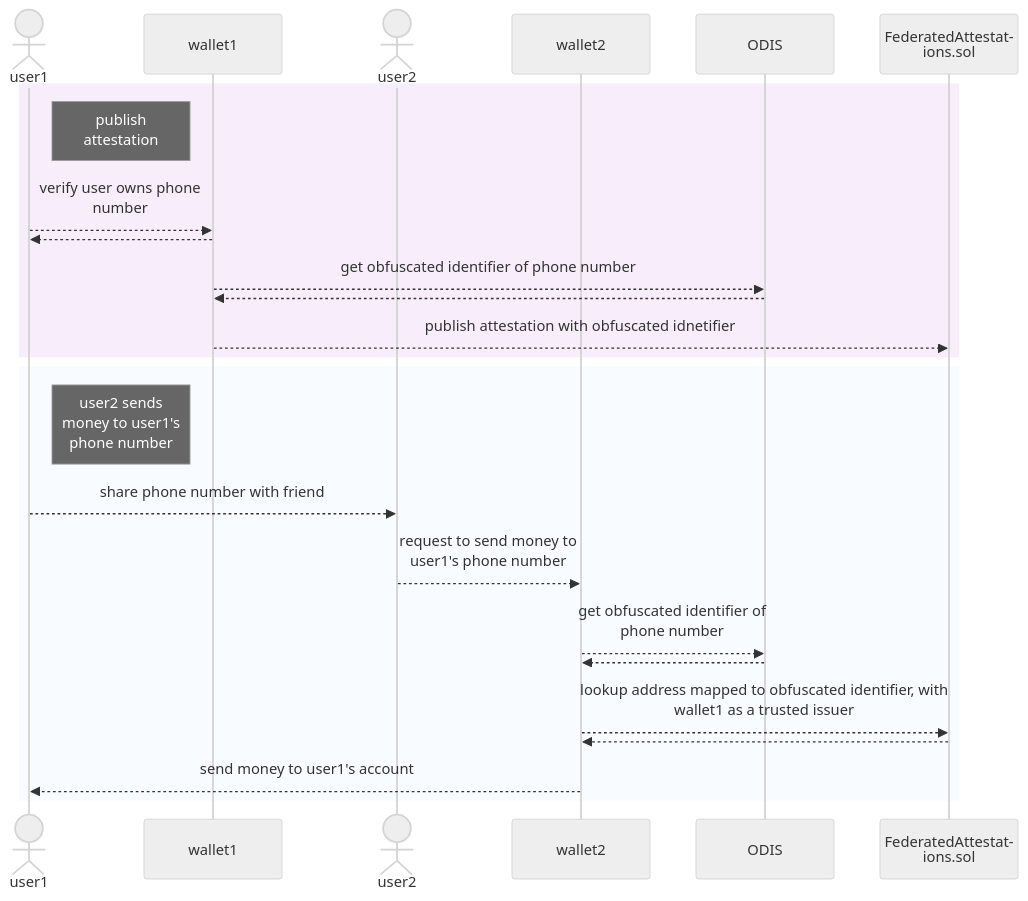
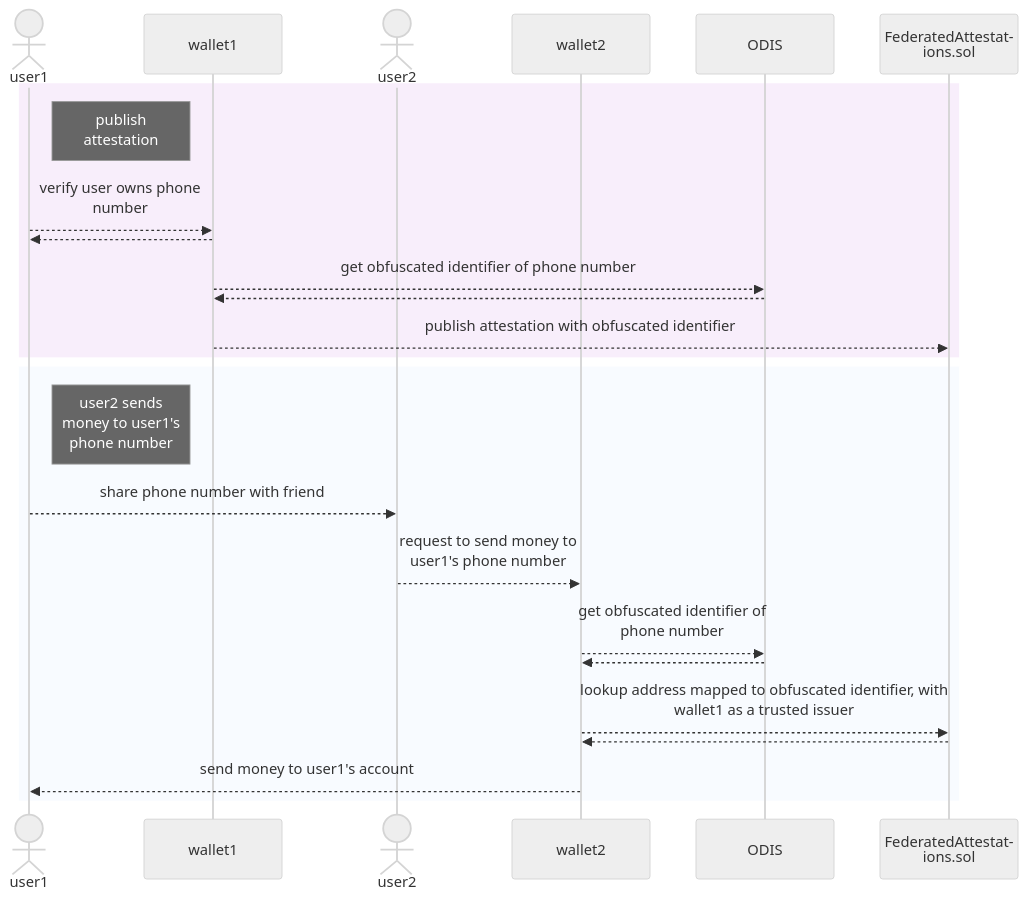
The diagram in docs/protocol.md (celo-org/social-connect), drawn with Mermaid (neutral theme) before and after one commit.

Commit message:
Update protocol.md - typo fix

````diff
--- a/docs/protocol.md
+++ b/docs/protocol.md
@@ -65,30 +65,30 @@
 ```mermaid
 %%{init: { "sequence": { "wrap": true } } }%%
 sequenceDiagram
     actor user1
     participant wallet1
     actor user2
     participant wallet2
     participant ODIS
     participant SocialConnect as FederatedAttestations.sol
 
     rect rgb(230,200,240, .3)
     note right of user1: publish attestation
     user1 -->> wallet1: verify user owns phone number
     wallet1 -->> user1:
     wallet1 -->> ODIS: get obfuscated identifier of phone number
     ODIS -->> wallet1:
-    wallet1 -->> SocialConnect: publish attestation with obfuscated idnetifier
+    wallet1 -->> SocialConnect: publish attestation with obfuscated identifier
     end
 
     rect rgb(230,240,290, .3)
     note right of user1: user2 sends money to user1's phone number
     user1 -->> user2: share phone number with friend
     user2 -->> wallet2: request to send money to user1's phone number
     wallet2 -->> ODIS: get obfuscated identifier of phone number
     ODIS -->> wallet2:
     wallet2 -->> SocialConnect: lookup address mapped to obfuscated identifier, with wallet1 as a trusted issuer
     SocialConnect -->> wallet2:
     wallet2 -->> user1: send money to user1's account
 end
 ```
````
